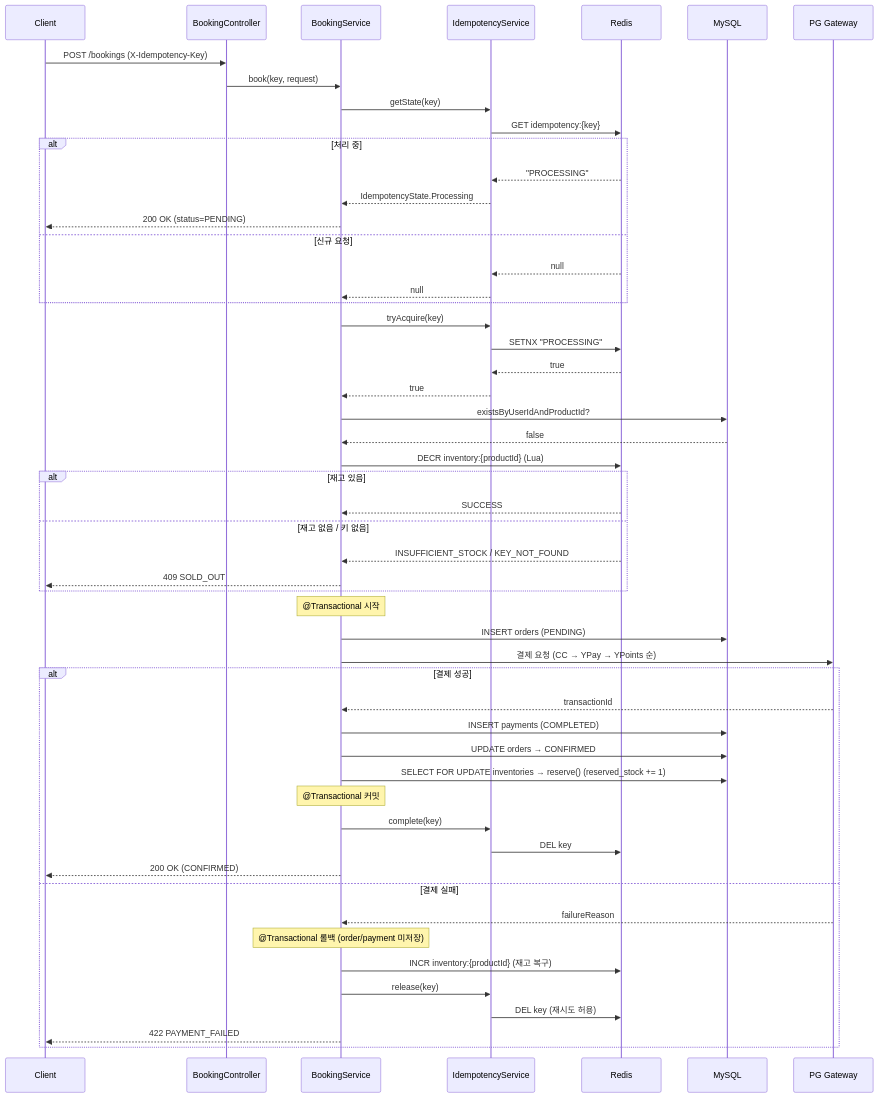
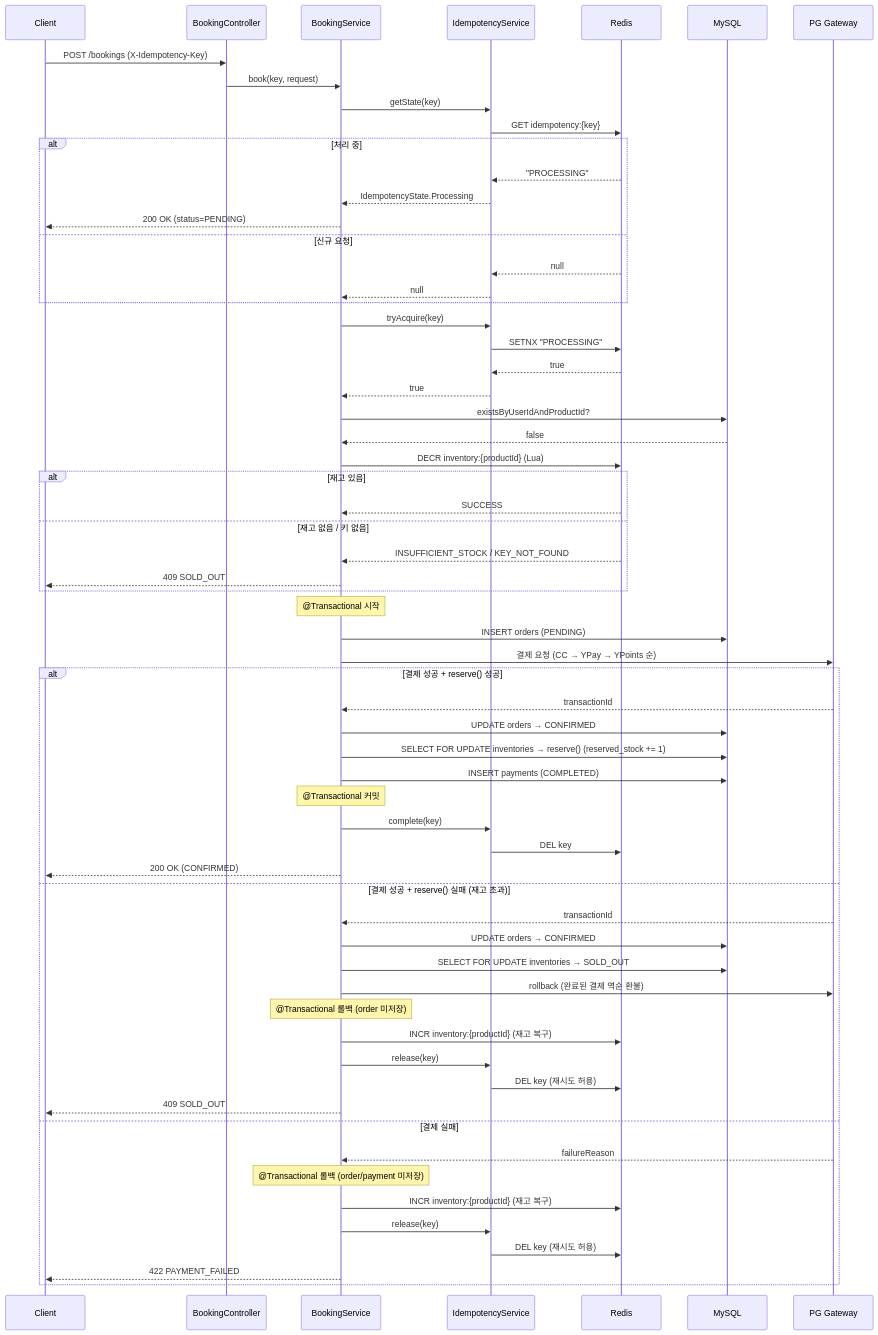
The first of 3 diagrams in README.md (arsgsg1/mybooking), drawn with Mermaid before and after one commit. The commit also changed other lines of this file and 4 other files, not shown here.

````diff
--- a/README.md
+++ b/README.md
@@ -164,62 +175,72 @@
 ```mermaid
 sequenceDiagram
     participant C as Client
     participant BC as BookingController
     participant BS as BookingService
     participant IS as IdempotencyService
     participant Redis
     participant DB as MySQL
     participant PG as PG Gateway
 
     C->>BC: POST /bookings (X-Idempotency-Key)
     BC->>BS: book(key, request)
 
     BS->>IS: getState(key)
     IS->>Redis: GET idempotency:{key}
 
     alt 처리 중
         Redis-->>IS: "PROCESSING"
         IS-->>BS: IdempotencyState.Processing
         BS-->>C: 200 OK (status=PENDING)
     else 신규 요청
         Redis-->>IS: null
         IS-->>BS: null
     end
 
     BS->>IS: tryAcquire(key)
     IS->>Redis: SETNX "PROCESSING"
     Redis-->>IS: true
     IS-->>BS: true
 
     BS->>DB: existsByUserIdAndProductId?
     DB-->>BS: false
 
     BS->>Redis: DECR inventory:{productId} (Lua)
     alt 재고 있음
         Redis-->>BS: SUCCESS
     else 재고 없음 / 키 없음
         Redis-->>BS: INSUFFICIENT_STOCK / KEY_NOT_FOUND
         BS-->>C: 409 SOLD_OUT
     end
 
     Note over BS: @Transactional 시작
     BS->>DB: INSERT orders (PENDING)
     BS->>PG: 결제 요청 (CC → YPay → YPoints 순)
-    alt 결제 성공
+    alt 결제 성공 + reserve() 성공
         PG-->>BS: transactionId
-        BS->>DB: INSERT payments (COMPLETED)
         BS->>DB: UPDATE orders → CONFIRMED
         BS->>DB: SELECT FOR UPDATE inventories → reserve() (reserved_stock += 1)
+        BS->>DB: INSERT payments (COMPLETED)
         Note over BS: @Transactional 커밋
         BS->>IS: complete(key)
         IS->>Redis: DEL key
         BS-->>C: 200 OK (CONFIRMED)
+    else 결제 성공 + reserve() 실패 (재고 초과)
+        PG-->>BS: transactionId
+        BS->>DB: UPDATE orders → CONFIRMED
+        BS->>DB: SELECT FOR UPDATE inventories → SOLD_OUT
+        BS->>PG: rollback (완료된 결제 역순 환불)
+        Note over BS: @Transactional 롤백 (order 미저장)
+        BS->>Redis: INCR inventory:{productId} (재고 복구)
+        BS->>IS: release(key)
+        IS->>Redis: DEL key (재시도 허용)
+        BS-->>C: 409 SOLD_OUT
     else 결제 실패
         PG-->>BS: failureReason
         Note over BS: @Transactional 롤백 (order/payment 미저장)
         BS->>Redis: INCR inventory:{productId} (재고 복구)
         BS->>IS: release(key)
         IS->>Redis: DEL key (재시도 허용)
         BS-->>C: 422 PAYMENT_FAILED
     end
 ```
````
